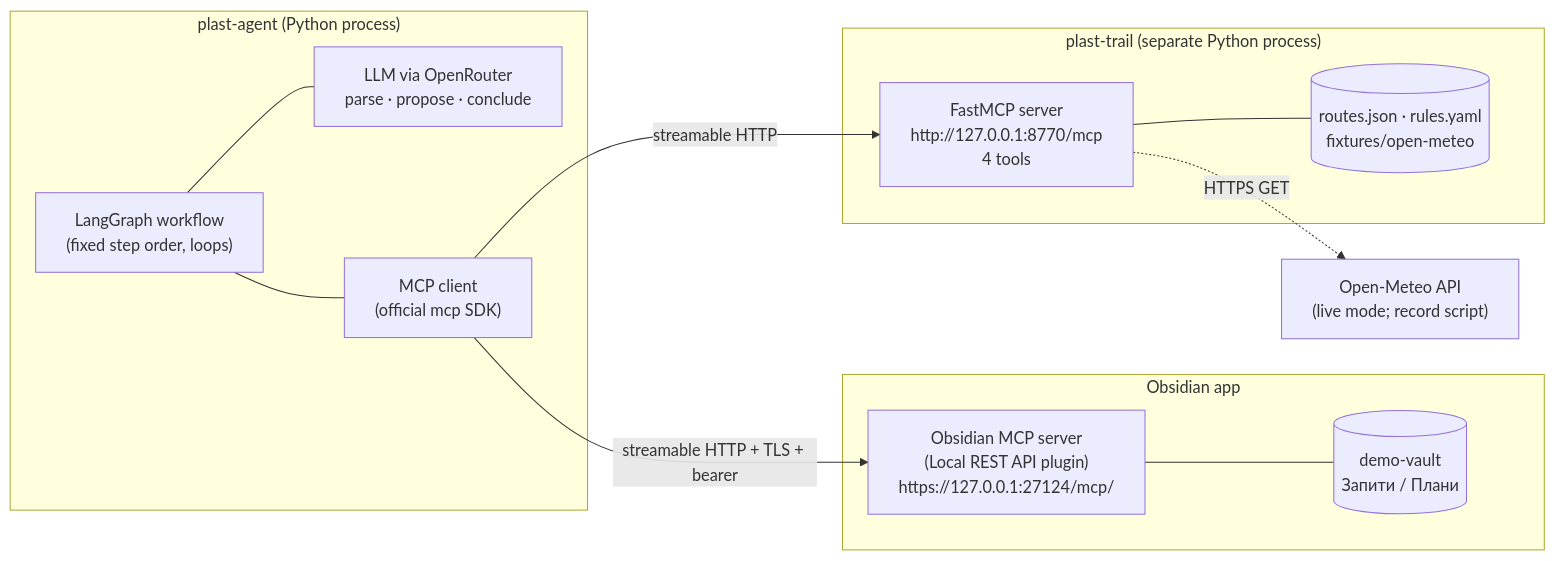
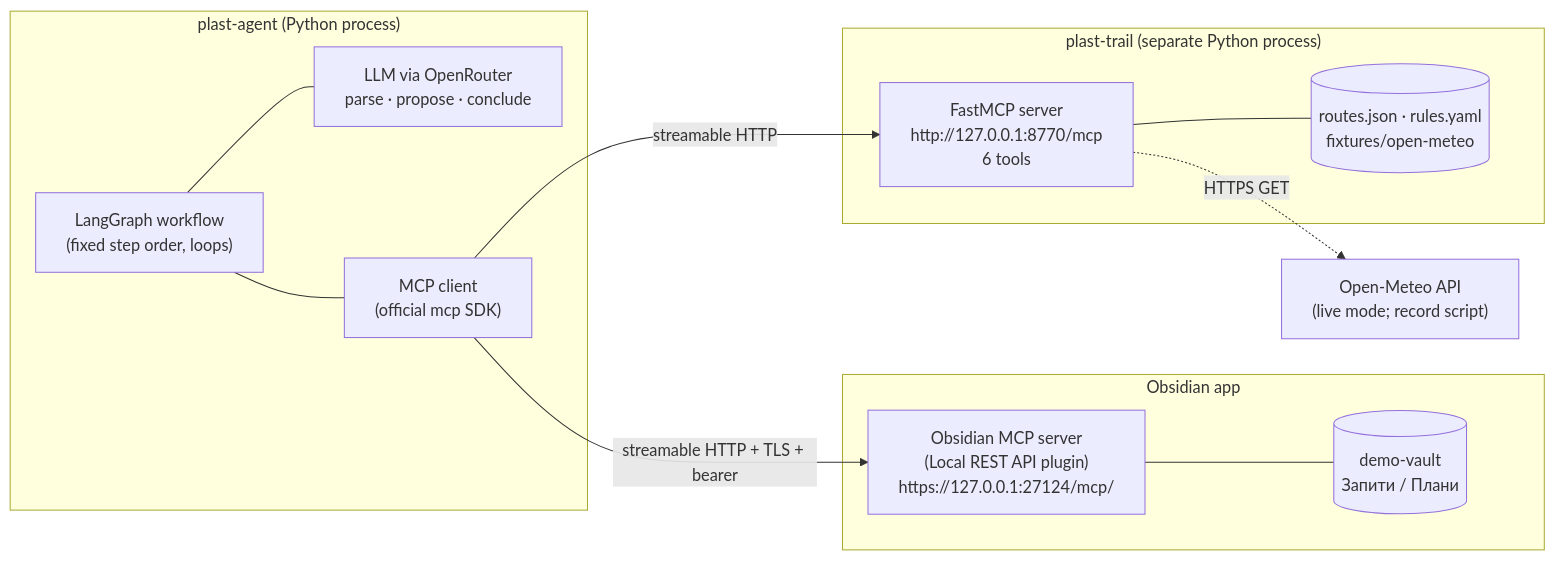
One commit to obodnazar/plast-hike-planner changed the diagram in docs/design-rationale.md. Above: the diagram before and after it, drawn with Mermaid. The commit also changed other lines of this file and 16 other files, not shown here.

````diff
--- a/docs/design-rationale.md
+++ b/docs/design-rationale.md
@@ -9,24 +9,24 @@
 ```mermaid
 flowchart LR
   subgraph Agent["plast-agent (Python process)"]
     WF["LangGraph workflow<br/>(fixed step order, loops)"]
     LLM["LLM via OpenRouter<br/>parse · propose · conclude"]
     MC["MCP client<br/>(official mcp SDK)"]
     WF --- LLM
     WF --- MC
   end
   subgraph OBS["Obsidian app"]
     OM["Obsidian MCP server<br/>(Local REST API plugin)<br/>https://127.0.0.1:27124/mcp/"]
     V[("demo-vault<br/>Запити / Плани")]
     OM --- V
   end
   subgraph PT["plast-trail (separate Python process)"]
-    S["FastMCP server<br/>http://127.0.0.1:8770/mcp<br/>4 tools"]
+    S["FastMCP server<br/>http://127.0.0.1:8770/mcp<br/>6 tools"]
     D[("routes.json · rules.yaml<br/>fixtures/open-meteo")]
     S --- D
   end
   OME["Open-Meteo API<br/>(live mode; record script)"]
   MC -- "streamable HTTP + TLS + bearer" --> OM
   MC -- "streamable HTTP" --> S
   S -. "HTTPS GET" .-> OME
 ```
````
